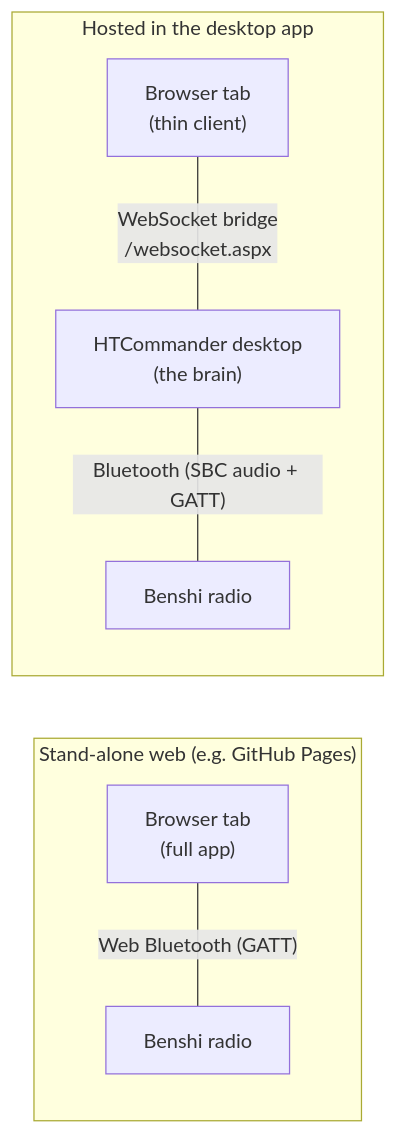
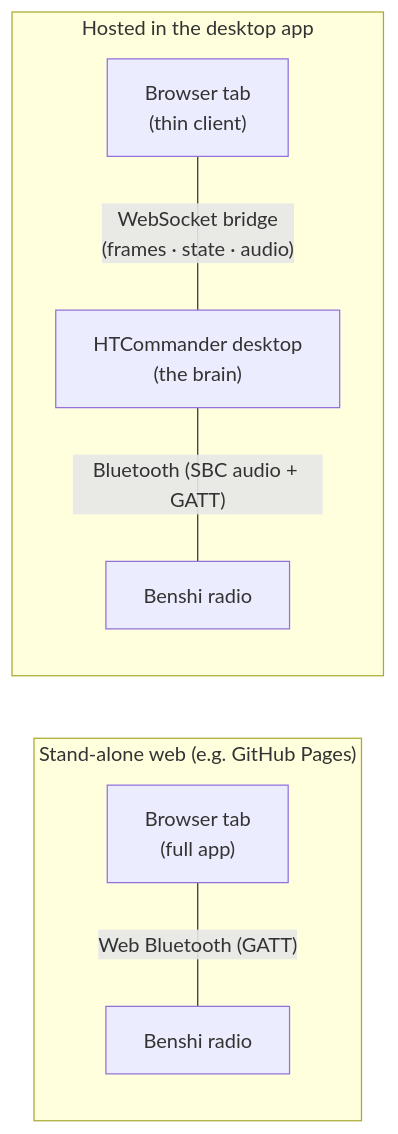
The diagram in docs/blogs/web-hosted-in-desktop.md (Ylianst/HTCommander), drawn with Mermaid before and after one commit. The commit also changed other lines of this file and 14 other files, not shown here.

````diff
--- a/docs/blogs/web-hosted-in-desktop.md
+++ b/docs/blogs/web-hosted-in-desktop.md
@@ -42,16 +42,16 @@
 ```mermaid
 flowchart LR
   subgraph Standalone["Stand-alone web (e.g. GitHub Pages)"]
     B1["Browser tab\n(full app)"]
     R1["Benshi radio"]
     B1 -- "Web Bluetooth (GATT)" --- R1
   end
 
   subgraph Hosted["Hosted in the desktop app"]
     B2["Browser tab\n(thin client)"]
     D["HTCommander desktop\n(the brain)"]
     R2["Benshi radio"]
-    B2 -- "WebSocket bridge\n/websocket.aspx" --- D
+    B2 -- "WebSocket bridge\n(frames · state · audio)" --- D
     D -- "Bluetooth (SBC audio + GATT)" --- R2
   end
 ```
````
